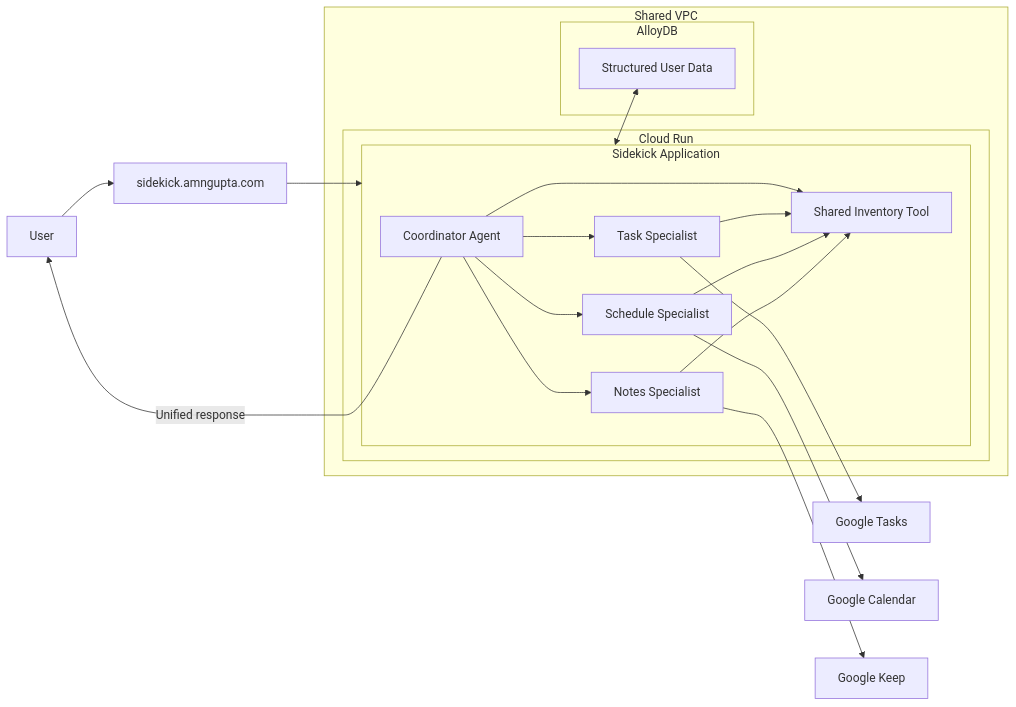
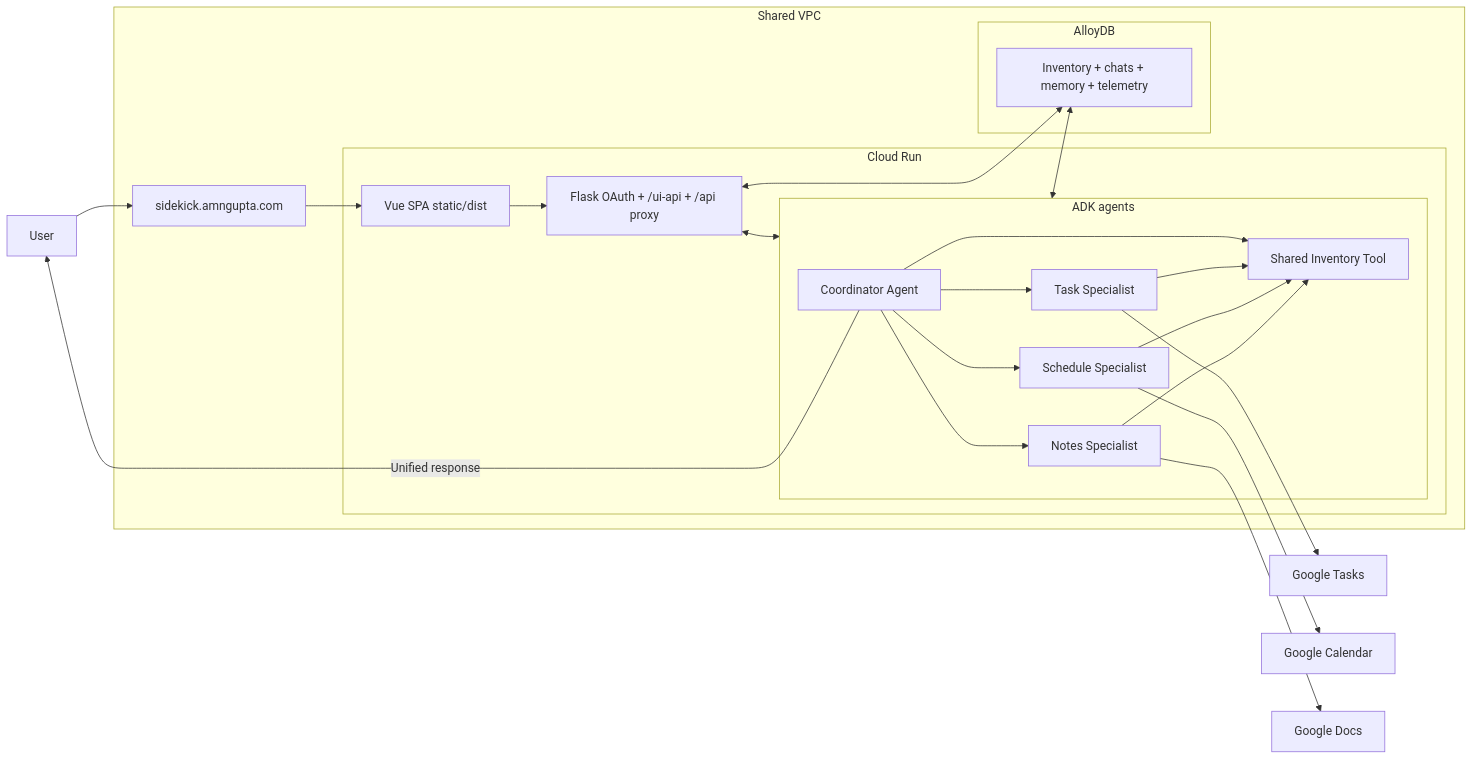
The fifth of 10 diagrams in README.md (bolleyboll/h2s-google-genai-apac-cohort1-final), drawn with Mermaid before and after one commit. The commit also changed other lines of this file and 70 other files, not shown here.

````diff
--- a/README.md
+++ b/README.md
@@ -245,38 +262,42 @@
 ```mermaid
 flowchart LR
   U[User] --> D[sidekick.amngupta.com]
 
   subgraph VPC[Shared VPC]
     subgraph CR[Cloud Run]
-      subgraph SK[Sidekick Application]
+      SPA[Vue SPA static/dist]
+      Flask[Flask OAuth + /ui-api + /api proxy]
+      subgraph SK[ADK agents]
         C[Coordinator Agent]
         A1[Task Specialist]
         A2[Schedule Specialist]
         A3[Notes Specialist]
         INV[Shared Inventory Tool]
       end
     end
 
     subgraph ADB[AlloyDB]
-      DB[Structured User Data]
+      DB[Inventory + chats + memory + telemetry]
     end
 
+    D --> SPA
+    SPA --> Flask
+    Flask <--> SK
+    Flask <--> DB
     SK <--> DB
   end
-
-  D --> SK
 
   C --> A1
   C --> A2
   C --> A3
   C --> INV
   A1 --> INV
   A2 --> INV
   A3 --> INV
 
   A1 --> GT[Google Tasks]
   A2 --> GC[Google Calendar]
-  A3 --> GK[Google Keep]
+  A3 --> GD[Google Docs]
 
   C -->|Unified response| U
 ```
````
